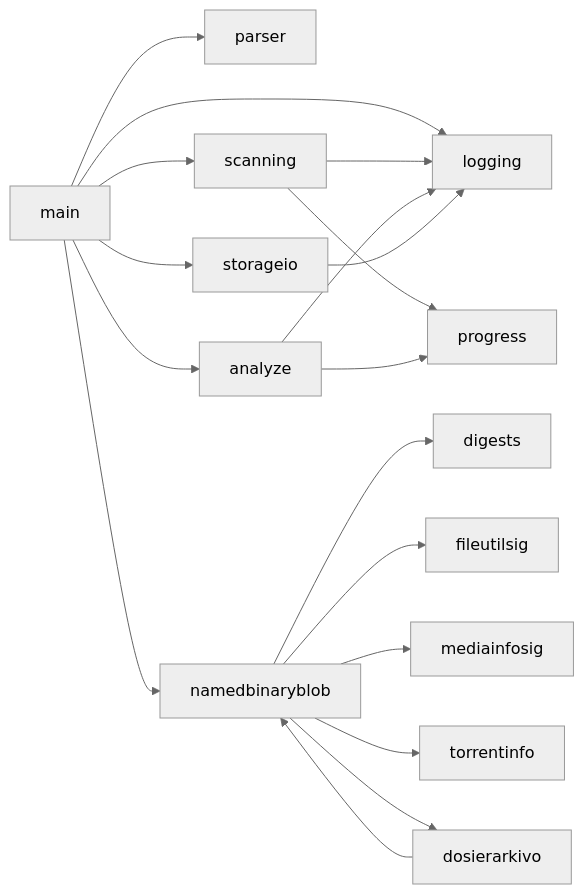
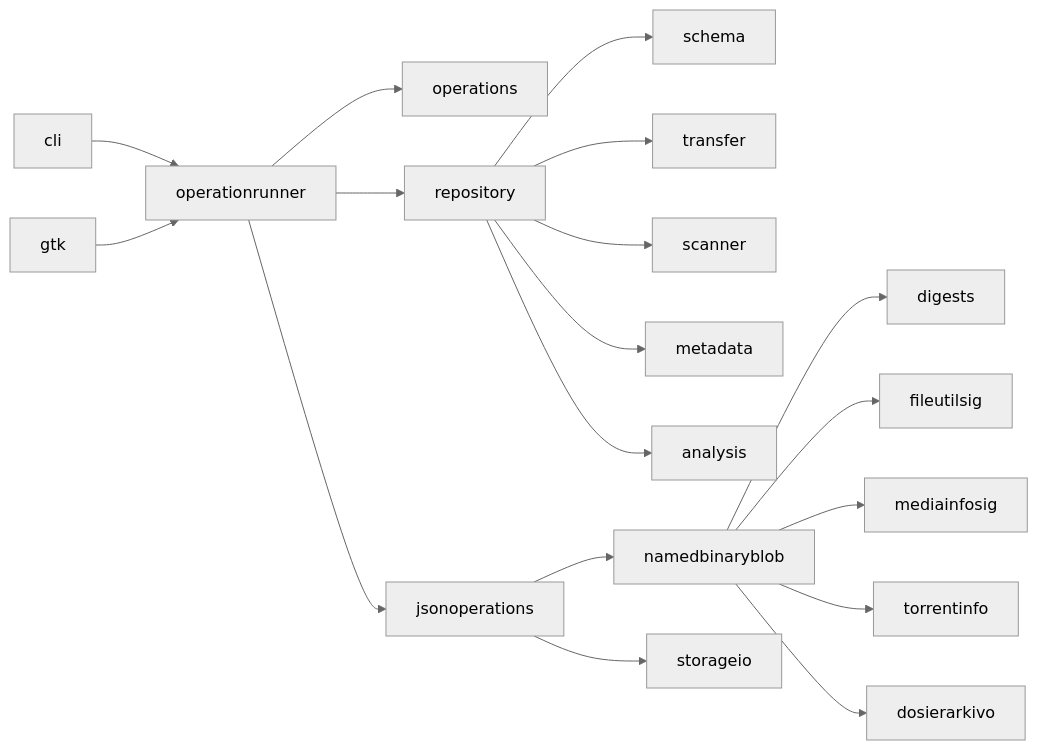
Before and after one commit to cschlote/DosierSkanilo: the third of 3 diagrams in docs/ARCHITECTURE.md, drawn with Mermaid (neutral theme). The commit also changed other lines of this file and 23 other files, not shown here.

````diff
--- a/docs/ARCHITECTURE.md
+++ b/docs/ARCHITECTURE.md
@@ -205,23 +334,20 @@
 ```mermaid
 flowchart LR
-  main --> parser
-  main --> logging
-  main --> scanning
-  main --> storageio
-  main --> analyze
-  main --> namedbinaryblob
-
-    scanning --> progress
-    scanning --> logging
-    analyze --> progress
-    analyze --> logging
-    storageio --> logging
-
-    namedbinaryblob --> digests
-    namedbinaryblob --> fileutilsig
-    namedbinaryblob --> mediainfosig
-    namedbinaryblob --> torrentinfo
-    namedbinaryblob --> dosierarkivo
-
-    dosierarkivo --> namedbinaryblob
+  cli --> operationrunner
+  gtk --> operationrunner
+  operationrunner --> operations
+  operationrunner --> repository
+  operationrunner --> jsonoperations
+  repository --> schema
+  repository --> transfer
+  repository --> scanner
+  repository --> metadata
+  repository --> analysis
+  jsonoperations --> namedbinaryblob
+  jsonoperations --> storageio
+  namedbinaryblob --> digests
+  namedbinaryblob --> fileutilsig
+  namedbinaryblob --> mediainfosig
+  namedbinaryblob --> torrentinfo
+  namedbinaryblob --> dosierarkivo
 ```
````
